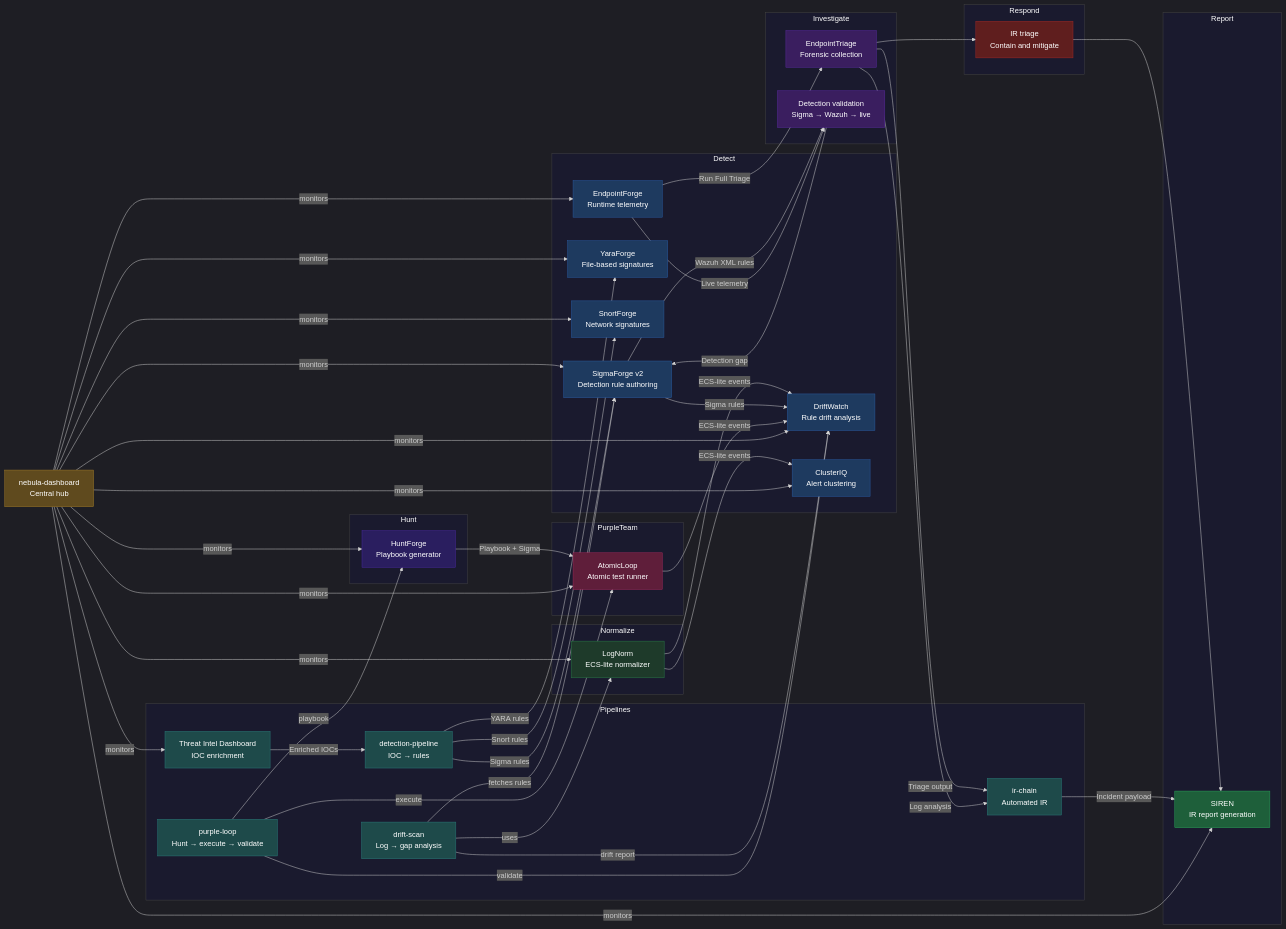
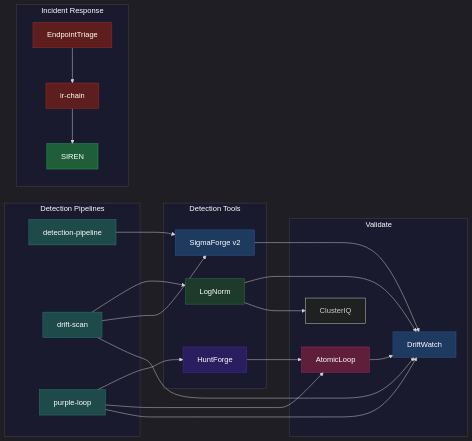
One commit to Rootless-Ghost/Nebula-Forge changed the diagram in README.md. Above: the diagram before and after it, drawn with Mermaid.

Commit message:
docs: fix README pipeline diagram layout

````diff
--- a/README.md
+++ b/README.md
@@ -23,109 +23,58 @@
 ```mermaid
 %%{init: {'theme': 'dark', 'themeVariables': {'clusterBkg': '#1a1a2e', 'clusterBorder': '#444', 'titleColor': '#ffffff'}}}%%
-flowchart LR
-    subgraph Detect
-        SF[SigmaForge v2\nDetection rule authoring]
-        YF[YaraForge\nFile-based signatures]
-        SNF[SnortForge\nNetwork signatures]
-        EF[EndpointForge\nRuntime telemetry]
-        DW[DriftWatch\nRule drift analysis]
-        CQ[ClusterIQ\nAlert clustering]
+graph LR
+    subgraph PIPES[Detection Pipelines]
+        DP[detection-pipeline]
+        DS[drift-scan]
+        PL[purple-loop]
     end
 
-    subgraph Normalize
-        LN[LogNorm\nECS-lite normalizer]
+    subgraph TOOLS[Detection Tools]
+        SF[SigmaForge v2]
+        LN[LogNorm]
+        HF[HuntForge]
     end
 
-    subgraph Hunt
-        HF[HuntForge\nPlaybook generator]
+    subgraph VALIDATE[Validate]
+        DW[DriftWatch]
+        CQ[ClusterIQ]
+        AL[AtomicLoop]
     end
 
-    subgraph PurpleTeam
-        AL[AtomicLoop\nAtomic test runner]
+    subgraph IRCHAIN[Incident Response]
+        ET[EndpointTriage]
+        IC[ir-chain]
+        SR[SIREN]
     end
 
-    subgraph Investigate
-        ET[EndpointTriage\nForensic collection]
-        DV[Detection validation\nSigma → Wazuh → live]
-    end
+    DP --> SF
+    ET --> IC
+    IC --> SR
+    LN --> DW
+    LN --> CQ
+    SF --> DW
+    HF --> AL
+    AL --> DW
+    PL --> HF
+    PL --> AL
+    PL --> DW
+    DS --> LN
+    DS --> SF
+    DS --> DW
 
-    subgraph Respond
-        IR[IR triage\nContain and mitigate]
-    end
+    classDef detect    fill:#1e3a5f,stroke:#2a5a9f,color:#fff
+    classDef normalize fill:#1e3a2a,stroke:#2a7a4a,color:#fff
+    classDef hunt      fill:#2a1e5f,stroke:#4a2a9f,color:#fff
+    classDef purple    fill:#5f1e3a,stroke:#9f2a5a,color:#fff
+    classDef pipeline  fill:#1e4a4a,stroke:#2a7a7a,color:#fff
+    classDef respond   fill:#5f1e1e,stroke:#9f2a2a,color:#fff
+    classDef report    fill:#1e5f3a,stroke:#2a9f5a,color:#fff
 
-    subgraph Report
-        SR[SIREN\nIR report generation]
-    end
-
-    subgraph Pipelines
-        TI[Threat Intel Dashboard\nIOC enrichment]
-        DP[detection-pipeline\nIOC → rules]
-        IC[ir-chain\nAutomated IR]
-        DS[drift-scan\nLog → gap analysis]
-        PL[purple-loop\nHunt → execute → validate]
-    end
-
-    ND[nebula-dashboard\nCentral hub]
-
-    SF -->|Wazuh XML rules| DV
-    EF -->|Live telemetry| DV
-    EF -->|Run Full Triage| ET
-    DV -->|Detection gap| SF
-    ET --> IR
-    IR --> SR
-
-    TI -->|Enriched IOCs| DP
-    DP -->|Sigma rules| SF
-    DP -->|YARA rules| YF
-    DP -->|Snort rules| SNF
-
-    ET -->|Triage output| IC
-    ET -->|Log analysis| IC
-    IC -->|Incident payload| SR
-
-    LN -->|ECS-lite events| DW
-    LN -->|ECS-lite events| CQ
-    SF -->|Sigma rules| DW
-    HF -->|Playbook + Sigma| AL
-    AL -->|ECS-lite events| DW
-
-    DS -->|uses| LN
-    DS -->|fetches rules| SF
-    DS -->|drift report| DW
-    PL -->|playbook| HF
-    PL -->|execute| AL
-    PL -->|validate| DW
-
-    ND -->|monitors| SF
-    ND -->|monitors| YF
-    ND -->|monitors| SNF
-    ND -->|monitors| EF
-    ND -->|monitors| TI
-    ND -->|monitors| SR
-    ND -->|monitors| LN
-    ND -->|monitors| HF
-    ND -->|monitors| DW
-    ND -->|monitors| CQ
-    ND -->|monitors| AL
-
-    classDef detect     fill:#1e3a5f,stroke:#2a5a9f,color:#fff
-    classDef normalize  fill:#1e3a2a,stroke:#2a7a4a,color:#fff
-    classDef hunt       fill:#2a1e5f,stroke:#4a2a9f,color:#fff
-    classDef purple     fill:#5f1e3a,stroke:#9f2a5a,color:#fff
-    classDef investigate fill:#3a1e5f,stroke:#5a2a9f,color:#fff
-    classDef respond    fill:#5f1e1e,stroke:#9f2a2a,color:#fff
-    classDef report     fill:#1e5f3a,stroke:#2a9f5a,color:#fff
-    classDef pipeline   fill:#1e4a4a,stroke:#2a7a7a,color:#fff
-    classDef hub        fill:#5f4a1e,stroke:#9f7a2a,color:#fff
-
-    class SF,YF,SNF,EF,DW,CQ detect
+    class SF,DW detect
     class LN normalize
     class HF hunt
     class AL purple
-    class ET,DV investigate
-    class IR respond
+    class DP,DS,PL pipeline
+    class ET,IC respond
     class SR report
-    class TI,DP,IC,DS,PL pipeline
-    class ND hub
-
 ```
````
